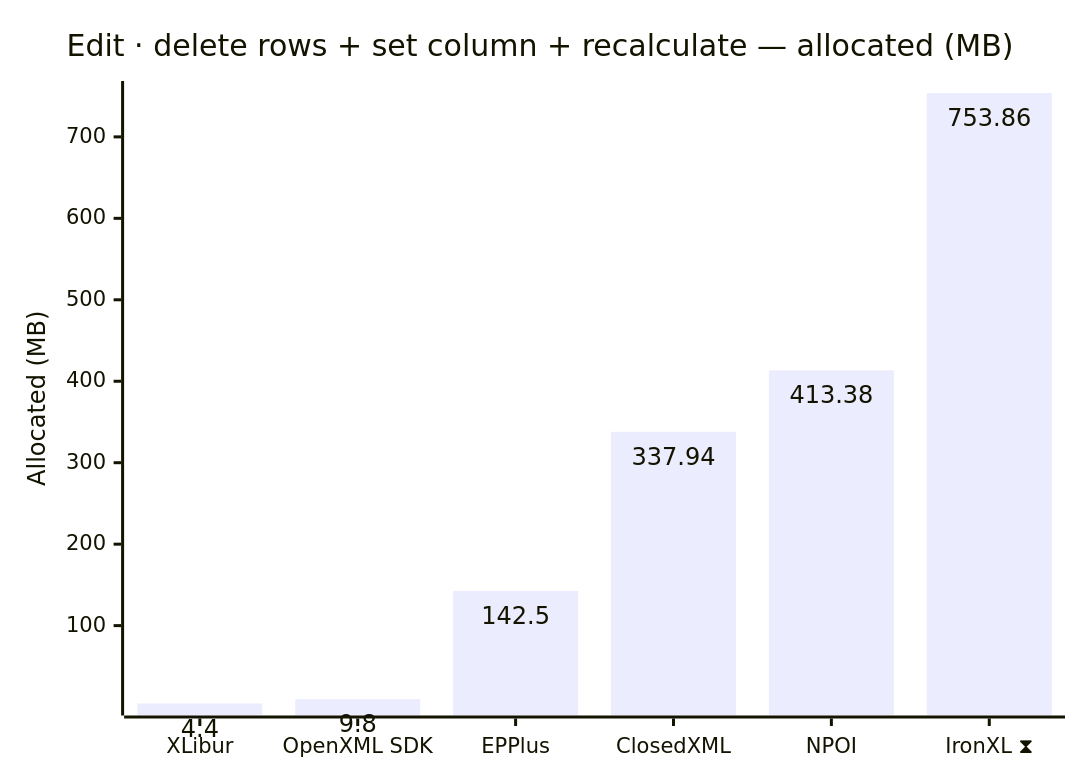
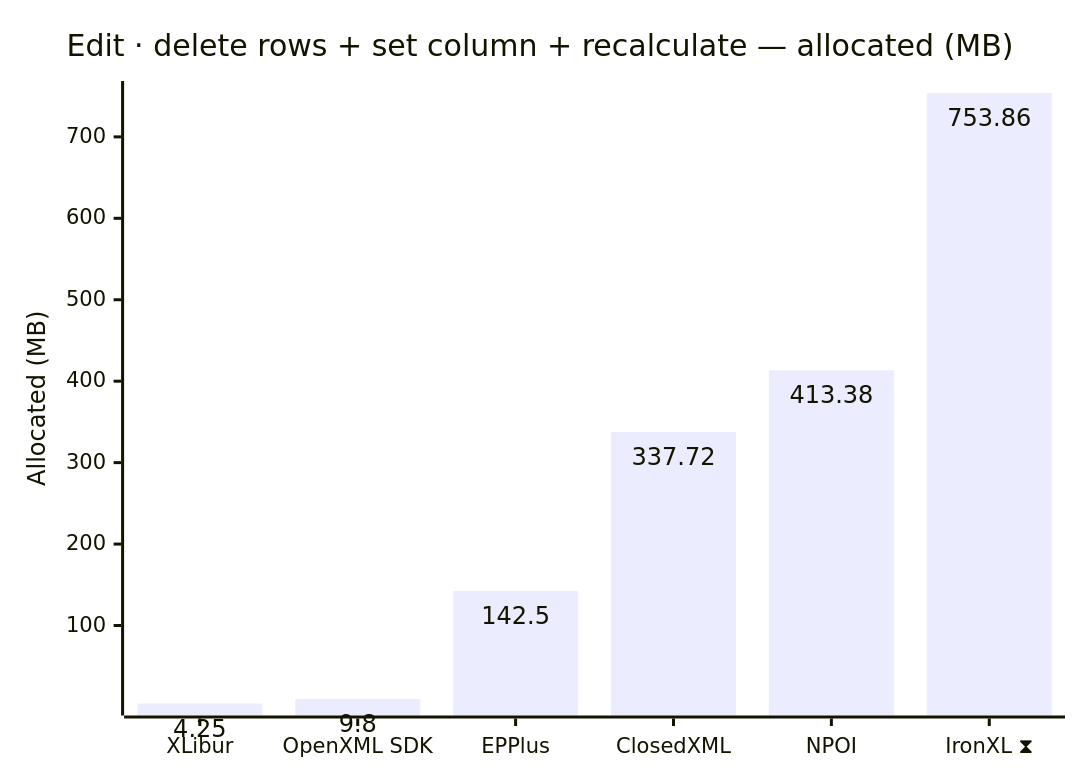
Before and after one commit to jafin/XLBench: the tenth of 12 diagrams in docs/results-ci.md, drawn with Mermaid. The commit also changed other lines of this file, not shown here.

````diff
--- a/docs/results-ci.md
+++ b/docs/results-ci.md
@@ -158,12 +158,12 @@
 ```mermaid
 ---
 config:
   xyChart:
     showDataLabel: true
 ---
 xychart-beta
     title "Edit · delete rows + set column + recalculate — allocated (MB)"
     x-axis ["XLibur", "OpenXML SDK", "EPPlus", "ClosedXML", "NPOI", "IronXL ⧗"]
     y-axis "Allocated (MB)"
-    bar [4.4, 9.8, 142.5, 337.94, 413.38, 753.86]
+    bar [4.25, 9.8, 142.5, 337.72, 413.38, 753.86]
 ```
````
